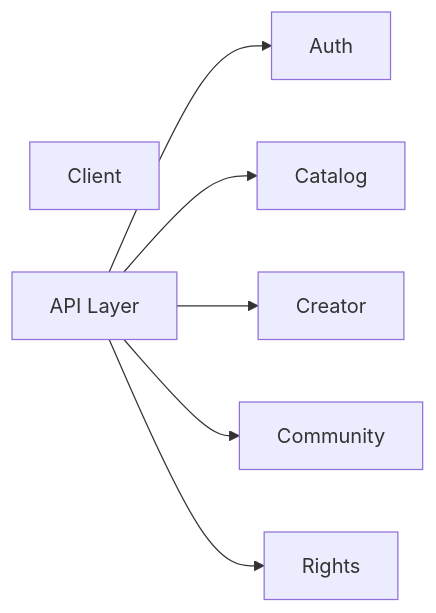
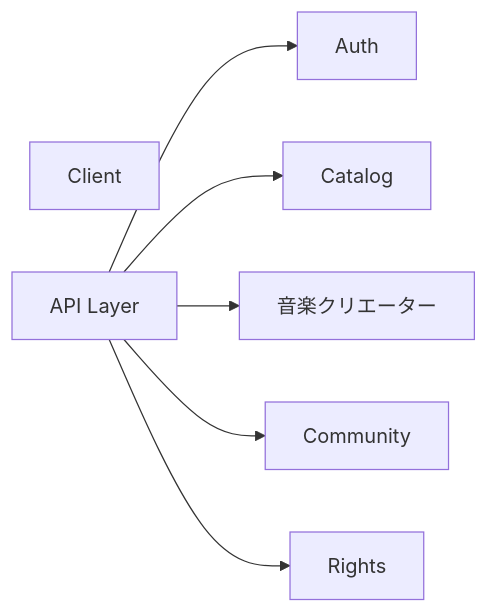
The ninth of 47 diagrams in docs/whitepaper/12-infrastructure-cost.md (ShigeichiroYamasaki/creator-first-platform), drawn with Mermaid before and after one commit. The commit also changed other lines of this file and 67 other files, not shown here.

````diff
--- a/docs/whitepaper/12-infrastructure-cost.md
+++ b/docs/whitepaper/12-infrastructure-cost.md
@@ -373,11 +373,11 @@
 ```mermaid
 flowchart LR
     CLIENT[Client]
     API[API Layer]
 
     API --> AUTH[Auth]
     API --> CATALOG[Catalog]
-    API --> CREATOR[Creator]
+    API --> CREATOR[音楽クリエーター]
     API --> COMMUNITY[Community]
     API --> RIGHTS[Rights]
 ```
````
